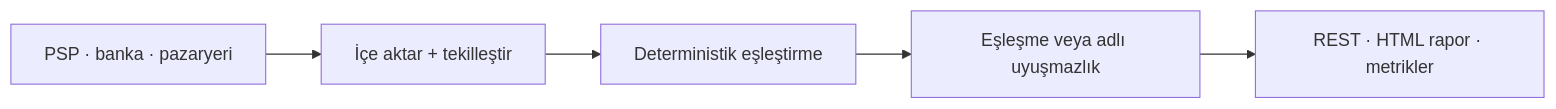
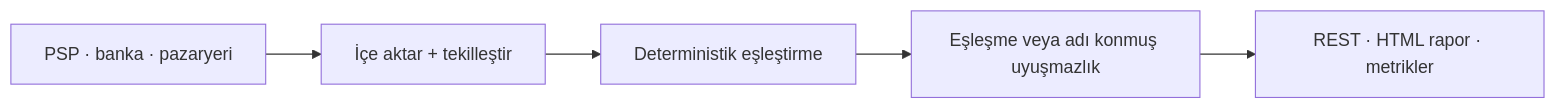
Before and after one commit to hilberspace-dev/portfolio: the diagram in README.tr.md, drawn with Mermaid. The commit also changed other lines of this file and 1 other file, not shown here.

````diff
--- a/README.tr.md
+++ b/README.tr.md
@@ -55,7 +128,7 @@
 ```mermaid
 flowchart LR
     A["PSP · banka · pazaryeri"] --> B["İçe aktar + tekilleştir"]
     B --> C["Deterministik eşleştirme"]
-    C --> D["Eşleşme veya adlı uyuşmazlık"]
+    C --> D["Eşleşme veya adı konmuş uyuşmazlık"]
     D --> E["REST · HTML rapor · metrikler"]
 ```
````
